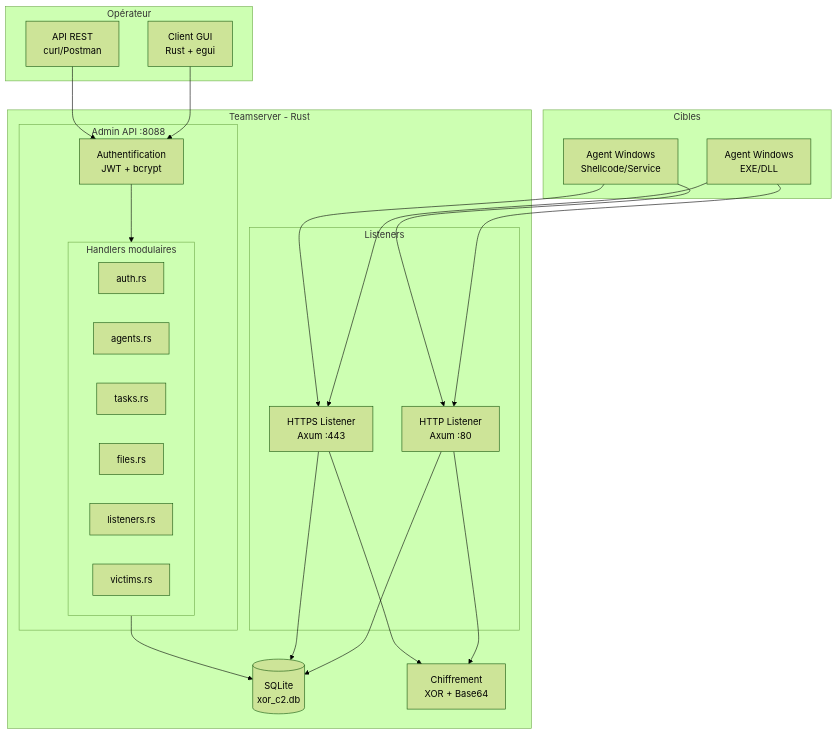
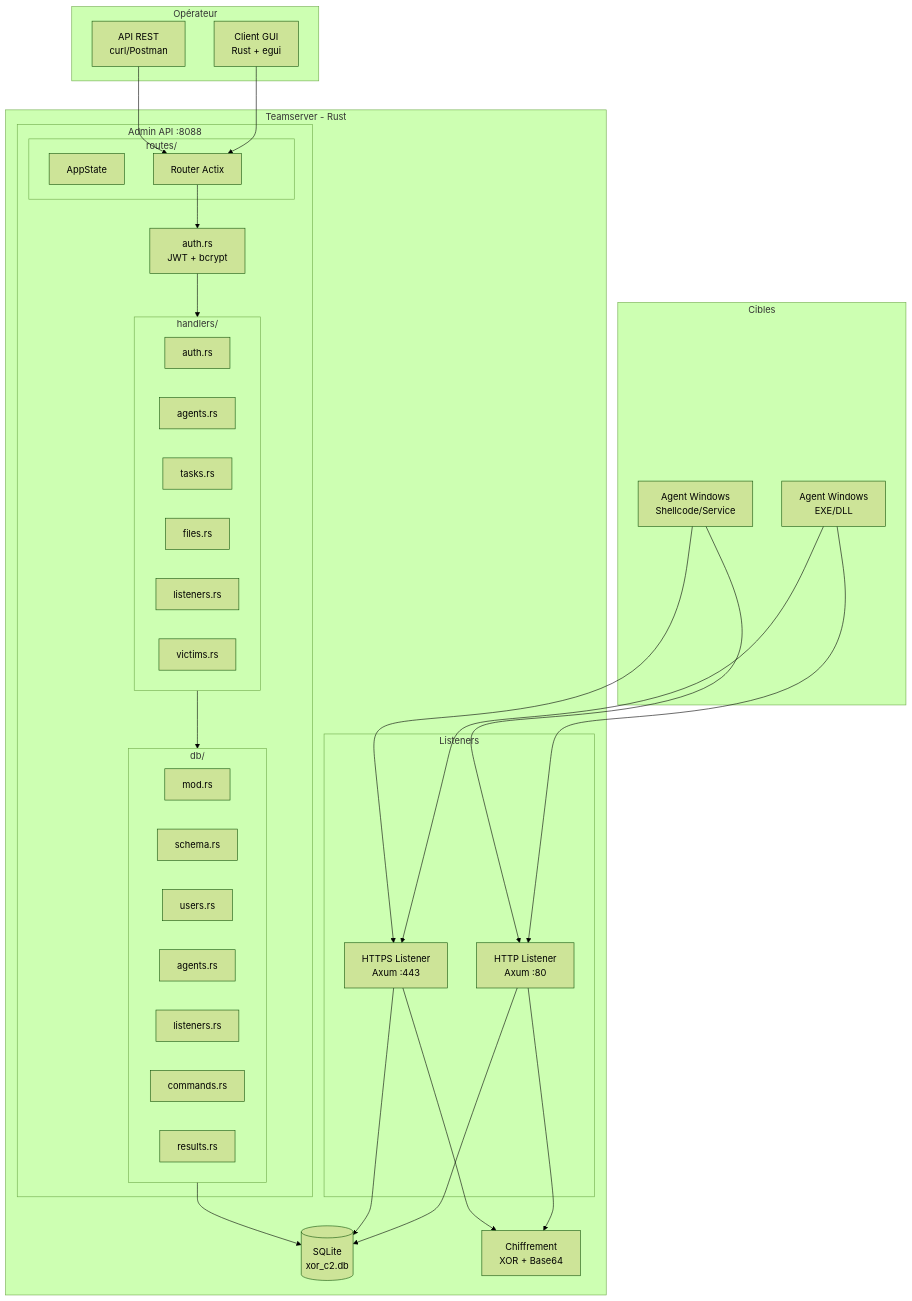
Before and after one commit to Xor290/C2-XOR: the first of 5 diagrams in docs/BACKEND.md, drawn with Mermaid (forest theme). The commit also changed other lines of this file, not shown here.

````diff
--- a/docs/BACKEND.md
+++ b/docs/BACKEND.md
@@ -12,47 +12,62 @@
 ```mermaid
 flowchart TB
     subgraph Operator["Opérateur"]
         GUI[Client GUI<br/>Rust + egui]
         CLI[API REST<br/>curl/Postman]
     end
 
     subgraph Backend["Teamserver - Rust"]
         subgraph AdminAPI["Admin API :8088"]
-            Auth[Authentification<br/>JWT + bcrypt]
-            subgraph Handlers["Handlers modulaires"]
+            subgraph Routes["routes/"]
+                AppState[AppState]
+                Router[Router Actix]
+            end
+            Auth[auth.rs<br/>JWT + bcrypt]
+            subgraph Handlers["handlers/"]
                 H1[auth.rs]
                 H2[agents.rs]
                 H3[tasks.rs]
                 H4[files.rs]
                 H5[listeners.rs]
                 H6[victims.rs]
+            end
+            subgraph Database["db/"]
+                DBMod[mod.rs]
+                DBSchema[schema.rs]
+                DBUsers[users.rs]
+                DBAgents[agents.rs]
+                DBListeners[listeners.rs]
+                DBCommands[commands.rs]
+                DBResults[results.rs]
             end
         end
         
         subgraph Listeners["Listeners"]
             HTTP[HTTP Listener<br/>Axum :80]
             HTTPS[HTTPS Listener<br/>Axum :443]
         end
         
         DB[(SQLite<br/>xor_c2.db)]
         Crypto[Chiffrement<br/>XOR + Base64]
     end
 
     subgraph Targets["Cibles"]
         Agent1[Agent Windows<br/>EXE/DLL]
         Agent2[Agent Windows<br/>Shellcode/Service]
     end
 
-    GUI --> Auth
-    CLI --> Auth
+    GUI --> Router
+    CLI --> Router
+    Router --> Auth
     Auth --> Handlers
-    Handlers --> DB
+    Handlers --> Database
+    Database --> DB
     HTTP --> DB
     HTTPS --> DB
     HTTP --> Crypto
     HTTPS --> Crypto
     Agent1 --> HTTP
     Agent1 --> HTTPS
     Agent2 --> HTTP
     Agent2 --> HTTPS
 ```
````
